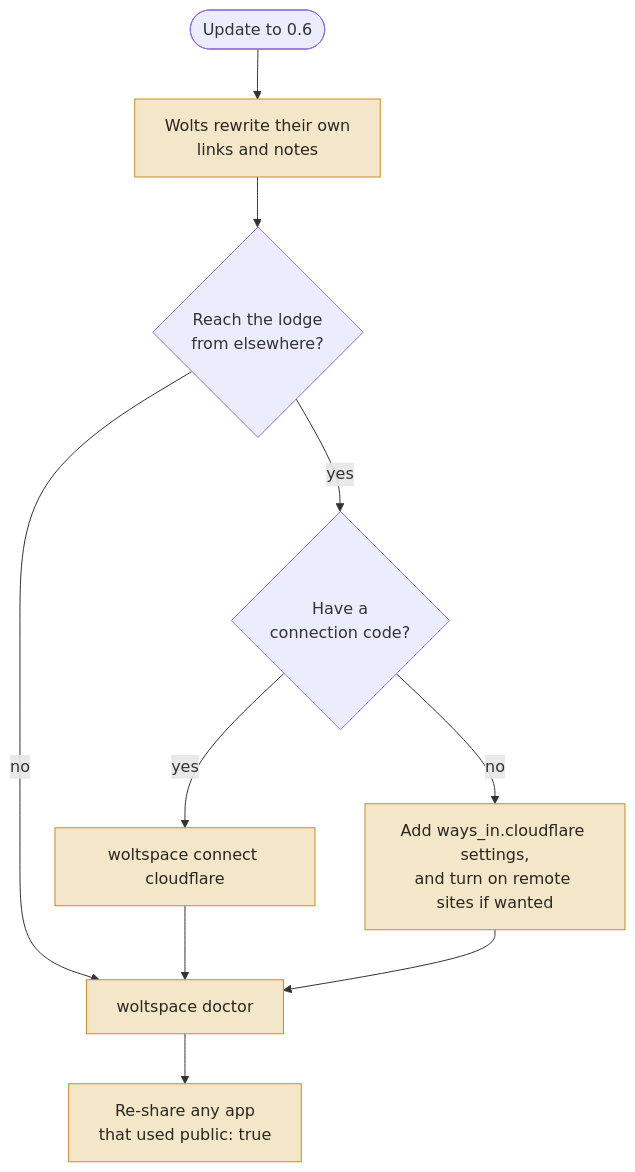
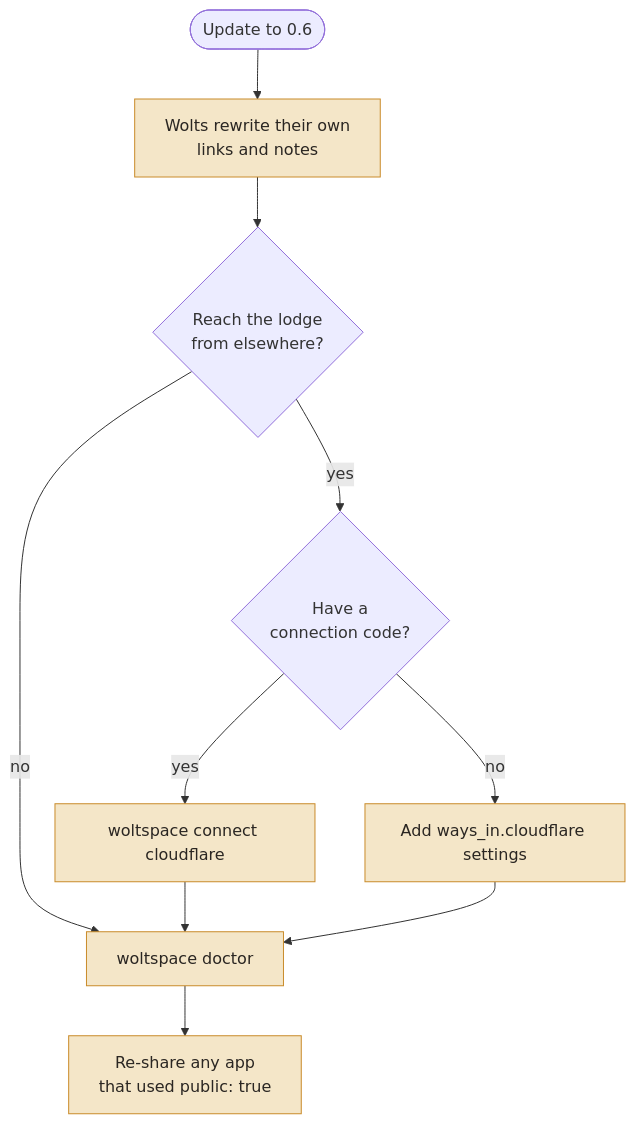
The fifth of 5 diagrams in docs/0.6.md (jerpint/woltspace), drawn with Mermaid before and after one commit. The commit also changed other lines of this file and 8 other files, not shown here.

````diff
--- a/docs/0.6.md
+++ b/docs/0.6.md
@@ -145,13 +132,13 @@
 ```mermaid
 flowchart TD
   U([Update to 0.6]) --> L[Wolts rewrite their own<br>links and notes]:::new
   L --> Q{Reach the lodge<br>from elsewhere?}
   Q -- no --> D[woltspace doctor]:::new
   Q -- yes --> C{Have a<br>connection code?}
   C -- yes --> CC[woltspace connect cloudflare]:::new
-  C -- no --> M[Add ways_in.cloudflare settings,<br>and turn on remote sites if wanted]:::new
+  C -- no --> M[Add ways_in.cloudflare settings]:::new
   CC --> D
   M --> D
   D --> S[Re-share any app<br>that used public: true]:::new
   classDef new fill:#f4e6c8,stroke:#C98B2A,color:#2a2622
 ```
````
